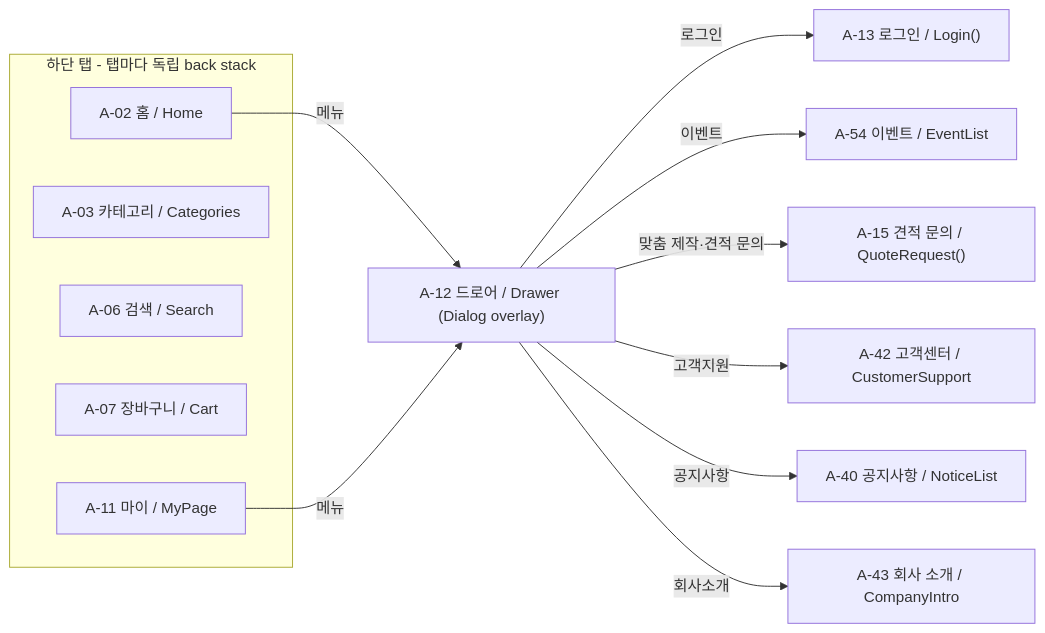
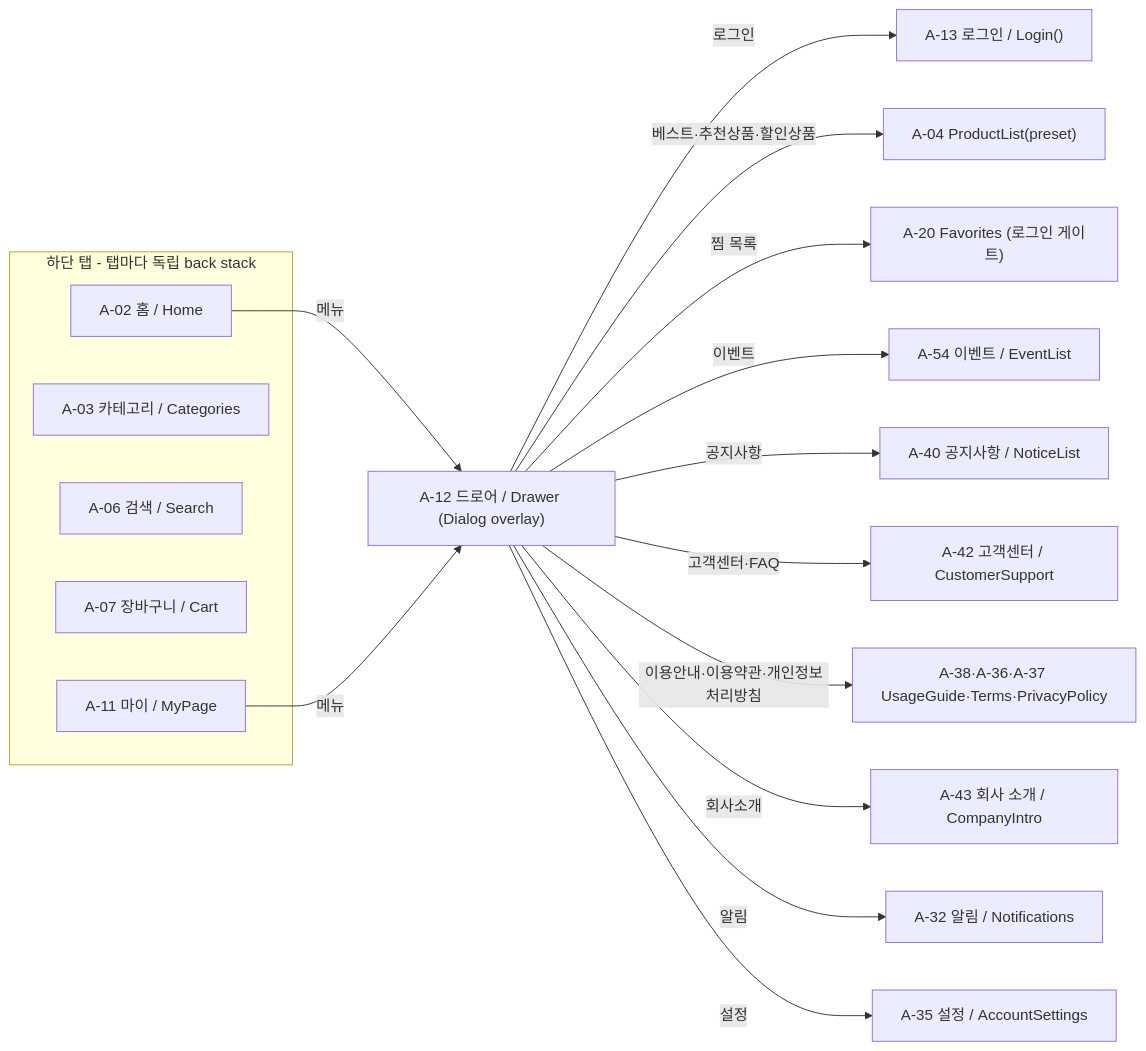
Before and after one commit to team-nativeLab/Eum-ShoppingMall-Android: the first of 9 diagrams in docs/APP_FLOW.md, drawn with Mermaid. The commit also changed other lines of this file and 226 other files, not shown here.

````diff
--- a/docs/APP_FLOW.md
+++ b/docs/APP_FLOW.md
@@ -33,18 +33,22 @@
 ```mermaid
 flowchart LR
     subgraph Tabs[하단 탭 - 탭마다 독립 back stack]
         T1["A-02 홈 / Home"]
         T2["A-03 카테고리 / Categories"]
         T3["A-06 검색 / Search"]
         T4["A-07 장바구니 / Cart"]
         T5["A-11 마이 / MyPage"]
     end
     T1 -- 메뉴 --> D["A-12 드로어 / Drawer (Dialog overlay)"]
     T5 -- 메뉴 --> D
     D -- 로그인 --> L["A-13 로그인 / Login()"]
+    D -- 베스트·추천상품·할인상품 --> PL["A-04 ProductList(preset)"]
+    D -- 찜 목록 --> FV["A-20 Favorites (로그인 게이트)"]
     D -- 이벤트 --> E["A-54 이벤트 / EventList"]
-    D -- 맞춤 제작·견적 문의 --> Q["A-15 견적 문의 / QuoteRequest()"]
-    D -- 고객지원 --> CS["A-42 고객센터 / CustomerSupport"]
     D -- 공지사항 --> N["A-40 공지사항 / NoticeList"]
+    D -- 고객센터·FAQ --> CS["A-42 고객센터 / CustomerSupport"]
+    D -- 이용안내·이용약관·개인정보처리방침 --> POL["A-38·A-36·A-37 UsageGuide·Terms·PrivacyPolicy"]
     D -- 회사소개 --> CO["A-43 회사 소개 / CompanyIntro"]
+    D -- 알림 --> NT["A-32 알림 / Notifications"]
+    D -- 설정 --> ST["A-35 설정 / AccountSettings"]
 ```
````
